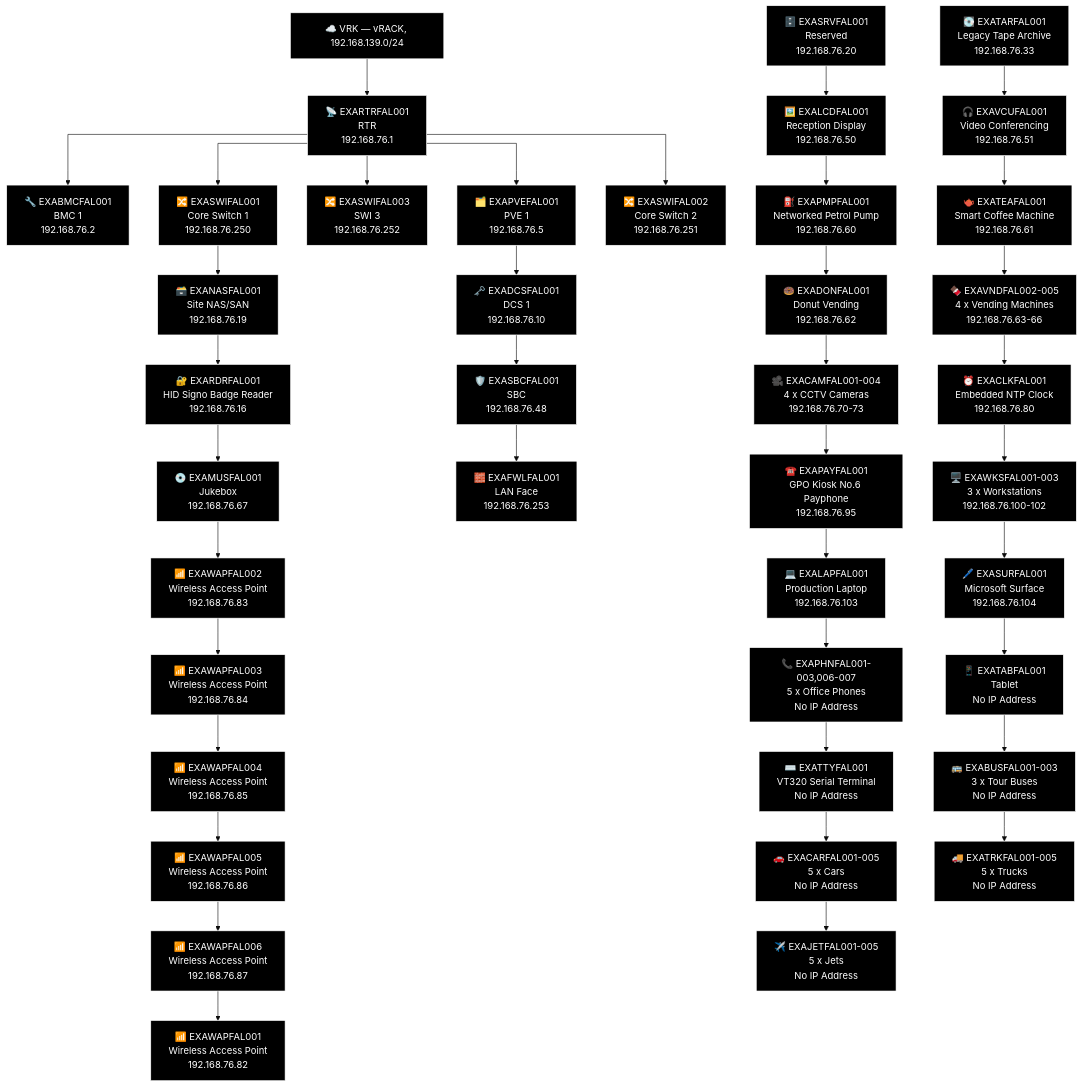
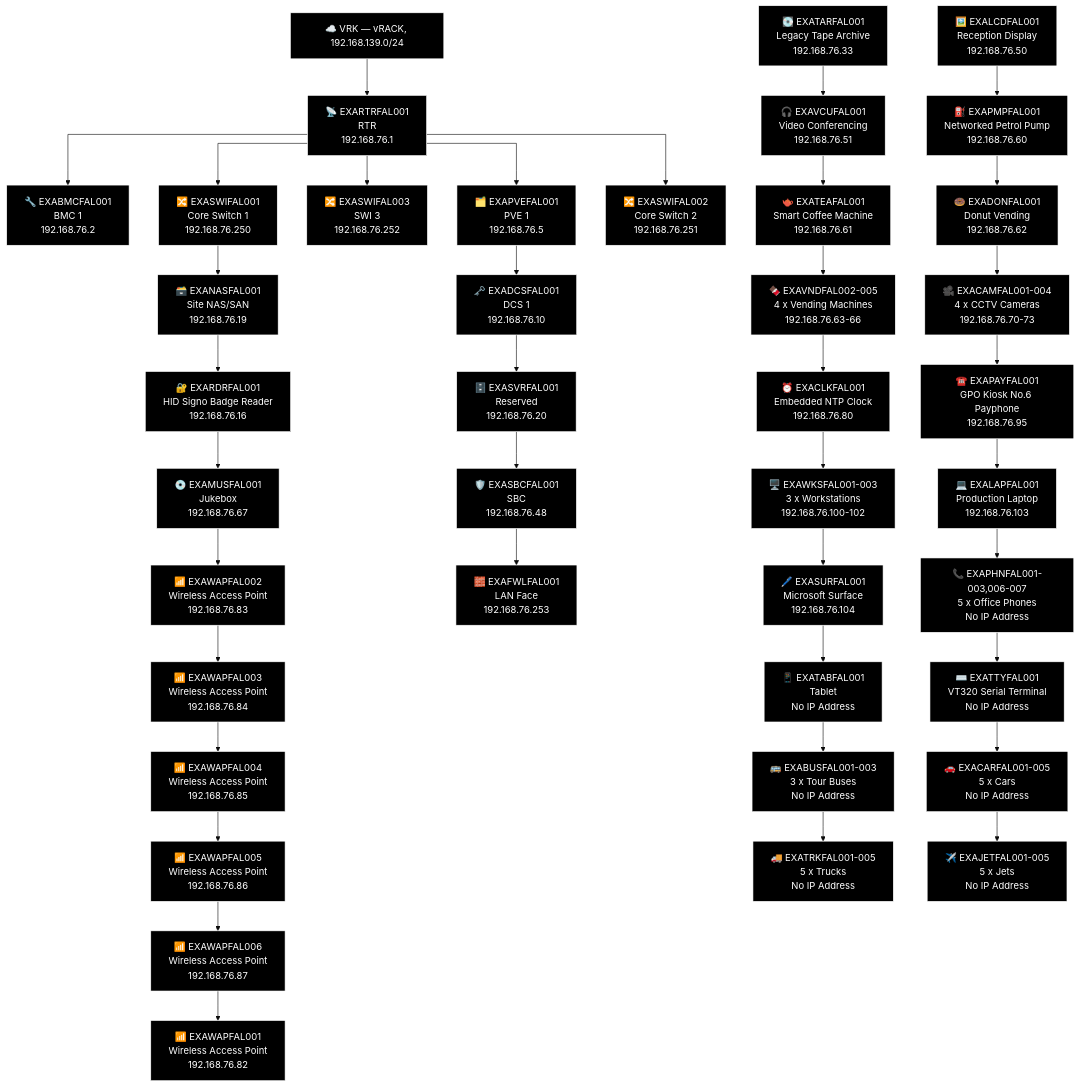
The third of 21 diagrams in docs/network-diagram/scotland.md (knightmare2600/example_music_infra), drawn with Mermaid (base theme) before and after one commit. The commit also changed other lines of this file and 44 other files, not shown here.

```diff
--- a/docs/network-diagram/scotland.md
+++ b/docs/network-diagram/scotland.md
@@ -253,10 +253,10 @@
     T_WAP6["📶 EXAWAPFAL001<br/>Wireless Access Point<br/>192.168.76.82"]
     T_SWI2 --> T_NAS --> T_RDR --> T_MUS --> T_WAP --> T_WAP2 --> T_WAP3 --> T_WAP4 --> T_WAP5 --> T_WAP6
     T_DCS["🗝️ EXADCSFAL001<br/>DCS 1<br/>192.168.76.10"]
+    T_SVR["🗄️ EXASVRFAL001<br/>Reserved<br/>192.168.76.20"]
     T_SBC["🛡️ EXASBCFAL001<br/>SBC<br/>192.168.76.48"]
     T_FWL["🧱 EXAFWLFAL001<br/>LAN Face<br/>192.168.76.253"]
-    T_PVE --> T_DCS --> T_SBC --> T_FWL
-    T_SRV["🗄️ EXASRVFAL001<br/>Reserved<br/>192.168.76.20"]
+    T_PVE --> T_DCS --> T_SVR --> T_SBC --> T_FWL
     T_TAR["💽 EXATARFAL001<br/>Legacy Tape Archive<br/>192.168.76.33"]
     T_LCD["🖼️ EXALCDFAL001<br/>Reception Display<br/>192.168.76.50"]
     T_VCU["🎧 EXAVCUFAL001<br/>Video Conferencing<br/>192.168.76.51"]
@@ -277,8 +277,8 @@
     T_OTH_CAR["🚗 EXACARFAL001-005<br/>5 x Cars<br/>No IP Address"]
     T_OTH_TRK["🚚 EXATRKFAL001-005<br/>5 x Trucks<br/>No IP Address"]
     T_OTH_JET["✈️ EXAJETFAL001-005<br/>5 x Jets<br/>No IP Address"]
-    T_SRV --> T_LCD --> T_PMP --> T_DON --> T_OTH_CAM --> T_PAY --> T_LAP --> T_OTH_PHN --> T_TTY --> T_OTH_CAR --> T_OTH_JET
     T_TAR --> T_VCU --> T_TEA --> T_OTH_VND --> T_CLK --> T_OTH_WKS --> T_SUR --> T_TAB --> T_OTH_BUS --> T_OTH_TRK
+    T_LCD --> T_PMP --> T_DON --> T_OTH_CAM --> T_PAY --> T_LAP --> T_OTH_PHN --> T_TTY --> T_OTH_CAR --> T_OTH_JET
     style T_VRK fill:#000000,stroke:#FFFFFF,color:#FFFFFF
     style T_RTR fill:#000000,stroke:#FFFFFF,color:#FFFFFF
     style T_BMC fill:#000000,stroke:#FFFFFF,color:#FFFFFF
@@ -296,9 +296,9 @@
     style T_WAP5 fill:#000000,stroke:#FFFFFF,color:#FFFFFF
     style T_WAP6 fill:#000000,stroke:#FFFFFF,color:#FFFFFF
     style T_DCS fill:#000000,stroke:#FFFFFF,color:#FFFFFF
+    style T_SVR fill:#000000,stroke:#FFFFFF,color:#FFFFFF
     style T_SBC fill:#000000,stroke:#FFFFFF,color:#FFFFFF
     style T_FWL fill:#000000,stroke:#FFFFFF,color:#FFFFFF
-    style T_SRV fill:#000000,stroke:#FFFFFF,color:#FFFFFF
     style T_TAR fill:#000000,stroke:#FFFFFF,color:#FFFFFF
     style T_LCD fill:#000000,stroke:#FFFFFF,color:#FFFFFF
     style T_VCU fill:#000000,stroke:#FFFFFF,color:#FFFFFF
```
